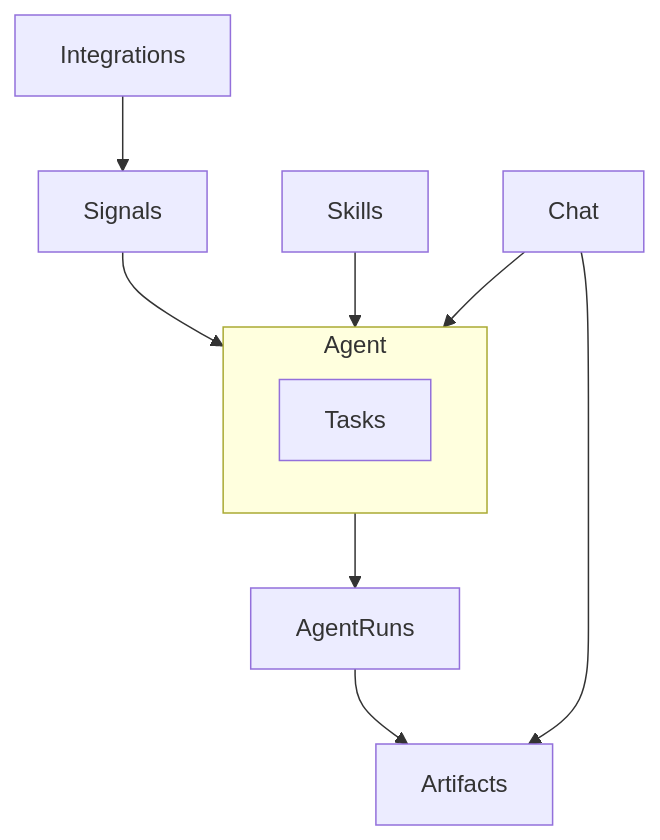
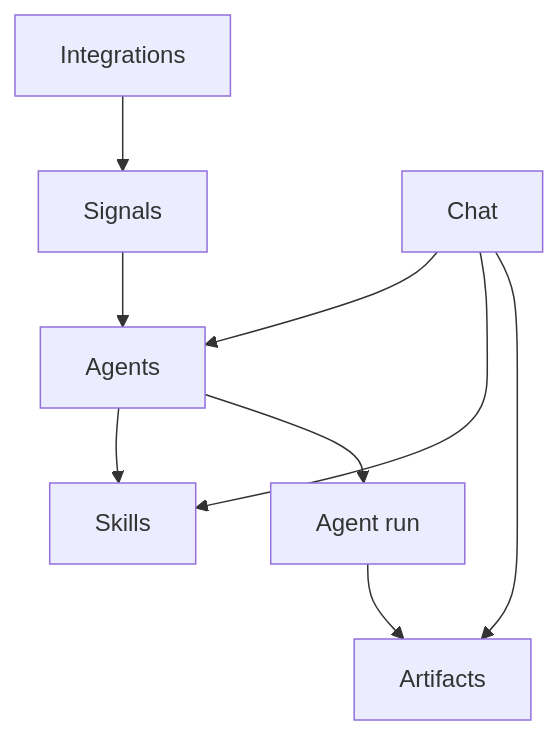
One commit to CoraHQ/docs changed the diagram in getting-started/core-concepts.mdx. Above: the diagram before and after it, drawn with Mermaid. The commit also changed other lines of this file, not shown here.

Commit message:
Show chat invoking skills and agents in the Core Concepts diagram.

````diff
--- a/getting-started/core-concepts.mdx
+++ b/getting-started/core-concepts.mdx
@@ -33,13 +33,11 @@
 ```mermaid
 flowchart TB
   integrations[Integrations] --> signals[Signals]
-  skills[Skills] --> agentBox
-  signals --> agentBox
-  chat[Chat] --> agentBox
-  subgraph agentBox [Agent]
-    tasks[Tasks]
-  end
-  agentBox --> runs[AgentRuns]
+  signals --> agents[Agents]
+  chat[Chat] --> agents
+  chat --> skills[Skills]
+  agents --> skills
+  agents --> agentRun["Agent run"]
   chat --> artifacts[Artifacts]
-  runs --> artifacts
+  agentRun --> artifacts
 ```
````
